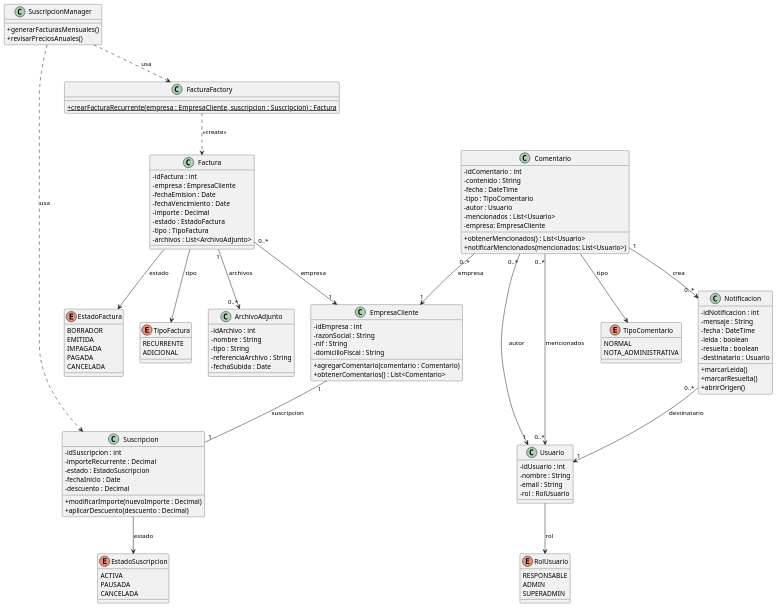
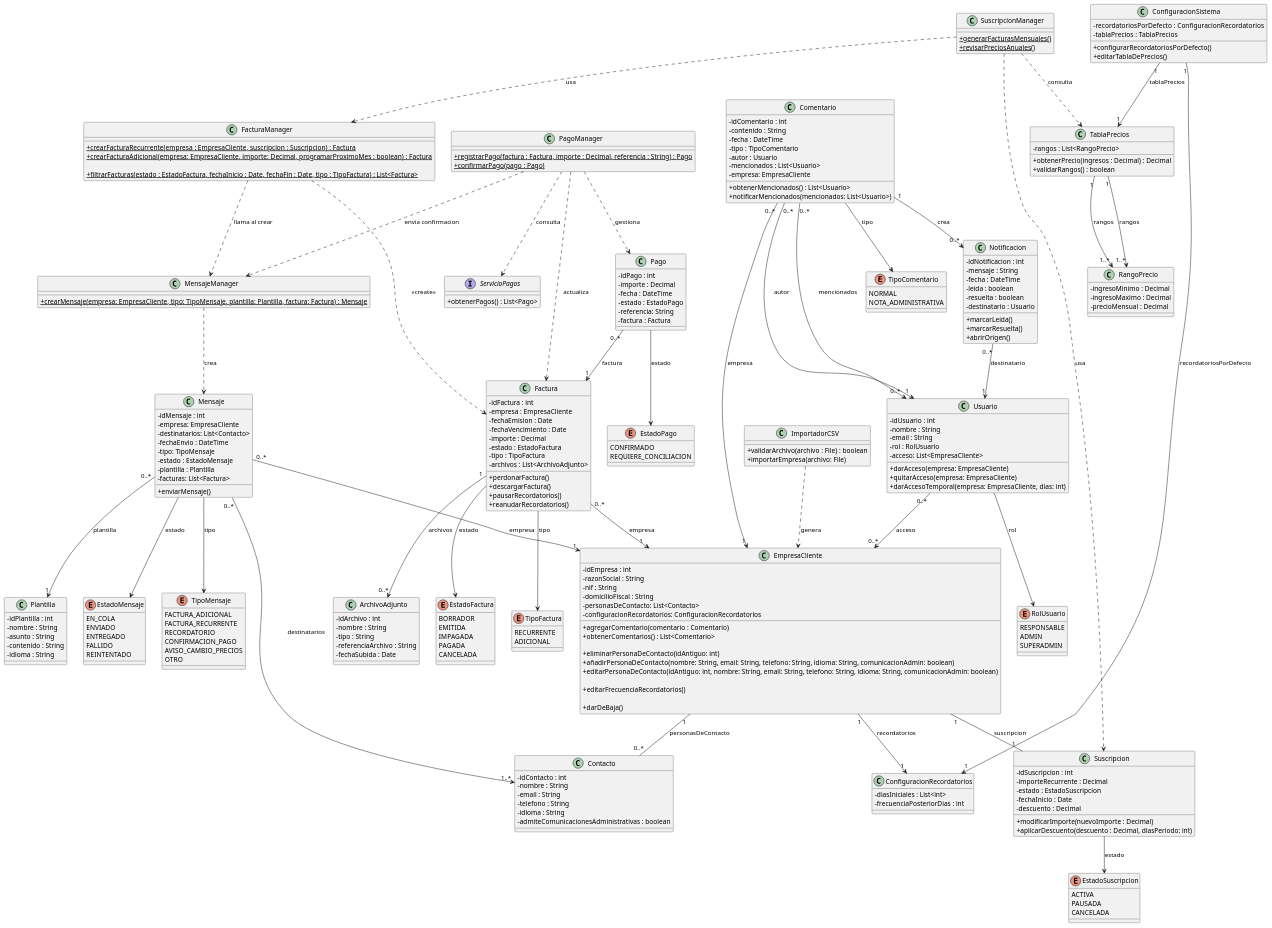
One commit to Ber4-LC/Project-Hippogang changed the diagram in doc/src/diagrama-de-clases.pu. Above: the diagram before and after it, drawn with PlantUML.

```diff
--- a/doc/src/diagrama-de-clases.pu
+++ b/doc/src/diagrama-de-clases.pu
@@ -12,11 +12,30 @@
     - razonSocial : String
     - nif : String
     - domicilioFiscal : String
+    - personasDeContacto: List<Contacto>
+    - configuracionRecordatorios: ConfiguracionRecordatorios
 
     + agregarComentario(comentario : Comentario)
     + obtenerComentarios() : List<Comentario>
+    
+    + eliminarPersonaDeContacto(idAntiguo: int)
+    + añadirPersonaDeContacto(nombre: String, email: String, telefono: String, idioma: String, comunicacionAdmin: boolean)
+    + editarPersonaDeContacto(idAntiguo: int, nombre: String, email: String, telefono: String, idioma: String, comunicacionAdmin: boolean)
+
+    + editarFrecuenciaRecordatorios()
+
+    + darDeBaja()
 }
 
+
+class Contacto {
+    - idContacto : int
+    - nombre : String
+    - email : String
+    - telefono : String
+    - idioma : String
+    - admiteComunicacionesAdministrativas : boolean
+}
 
 class Suscripcion {
     - idSuscripcion : int
@@ -26,7 +45,7 @@
     - descuento : Decimal
 
     + modificarImporte(nuevoImporte : Decimal)
-    + aplicarDescuento(descuento : Decimal)
+    + aplicarDescuento(descuento : Decimal, diasPeriodo: int)
 }
 
 
@@ -38,8 +57,32 @@
 
 
 class SuscripcionManager {
-    + generarFacturasMensuales()
-    + revisarPreciosAnuales()
+    {static} + generarFacturasMensuales()
+    {static} + revisarPreciosAnuales()
+
+}
+
+class ImportadorCSV {
+    + validarArchivo(archivo : File) : boolean
+    + importarEmpresa(archivo: File)
+}
+
+
+' =========================================================
+' TABLA
+' =========================================================
+
+class TablaPrecios {
+    - rangos : List<RangoPrecio>
+
+    + obtenerPrecio(ingresos : Decimal) : Decimal
+    + validarRangos() : boolean
+}
+
+class RangoPrecio {
+    - ingresoMinimo : Decimal
+    - ingresoMaximo : Decimal
+    - precioMensual : Decimal
 }
 
 
@@ -48,8 +91,11 @@
 ' =========================================================
 
 
-class FacturaFactory {
+class FacturaManager {
     {static} + crearFacturaRecurrente(empresa : EmpresaCliente, suscripcion : Suscripcion) : Factura
+    {static} + crearFacturaAdicional(empresa: EmpresaCliente, importe: Decimal, programarProximoMes : boolean) : Factura
+
+    {static} + filtrarFacturas(estado : EstadoFactura, fechaInicio : Date, fechaFin : Date, tipo : TipoFactura) : List<Factura>
 }
 
 class ArchivoAdjunto {
@@ -70,6 +116,11 @@
     - estado : EstadoFactura
     - tipo : TipoFactura
     - archivos : List<ArchivoAdjunto>
+
+    + perdonarFactura()
+    + descargarFactura()
+    + pausarRecordatorios()
+    + reanudarRecordatorios()
 }
 
 
@@ -96,12 +147,44 @@
     - nombre : String
     - email : String
     - rol : RolUsuario
+    - acceso: List<EmpresaCliente>
+    
+    + darAcceso(empresa: EmpresaCliente)
+    + quitarAcceso(empresa: EmpresaCliente)
+    + darAccesoTemporal(empresa: EmpresaCliente, dias: int)
 }
 
 enum RolUsuario {
     RESPONSABLE
     ADMIN
     SUPERADMIN
+}
+
+
+' =========================================================
+' PAGOS
+' =========================================================
+class Pago {
+    - idPago : int
+    - importe : Decimal
+    - fecha : DateTime
+    - estado : EstadoPago
+    - referencia: String
+    - factura : Factura
+}
+
+enum EstadoPago {
+    CONFIRMADO
+    REQUIERE_CONCILIACION
+}
+
+class PagoManager {
+    {static} + registrarPago(factura : Factura, importe : Decimal, referencia : String) : Pago
+    {static} + confirmarPago(pago : Pago)
+}
+
+interface ServicioPagos {
+    + obtenerPagos() : List<Pago>
 }
 
 
@@ -147,19 +230,87 @@
 }
 
 
+' =========================================================
+' MENSAJES
+' =========================================================
+
+class Plantilla {
+    - idPlantilla : int
+    - nombre : String
+    - asunto : String
+    - contenido : String
+    - idioma : String
+}
+
+class Mensaje {
+    - idMensaje : int
+    - empresa: EmpresaCliente
+    - destinatarios: List<Contacto>
+    - fechaEnvio : DateTime
+    - tipo: TipoMensaje
+    - estado : EstadoMensaje
+    - plantilla : Plantilla
+    - facturas: List<Factura>
+
+    + enviarMensaje()
+}
+
+enum EstadoMensaje {
+    EN_COLA
+    ENVIADO
+    ENTREGADO
+    FALLIDO
+    REINTENTADO
+}
+
+enum TipoMensaje {
+    FACTURA_ADICIONAL
+    FACTURA_RECURRENTE
+    RECORDATORIO
+    CONFIRMACION_PAGO
+    AVISO_CAMBIO_PRECIOS
+    OTRO
+}
+
+class MensajeManager {
+    {static} + crearMensaje(empresa: EmpresaCliente, tipo: TipoMensaje, plantilla: Plantilla, factura: Factura) : Mensaje
+}
+
+class ConfiguracionRecordatorios {
+    - diasIniciales : List<int>
+    - frecuenciaPosteriorDias : int
+}
+
+' =========================
+' Config
+' =========================
+class ConfiguracionSistema {
+    - recordatoriosPorDefecto : ConfiguracionRecordatorios
+    - tablaPrecios : TablaPrecios
+
+    + configurarRecordatoriosPorDefecto()
+    + editarTablaDePrecios()
+}
+
 ' =========================
 ' RELACIONES
 ' =========================
 
 EmpresaCliente "1" -- "1" Suscripcion : suscripcion
+EmpresaCliente "1" -- "0..*" Contacto: personasDeContacto
+EmpresaCliente "1" --> "1" ConfiguracionRecordatorios : recordatorios
+
+ImportadorCSV ..> EmpresaCliente : genera
 
 Factura "0..*" --> "1" EmpresaCliente : empresa
 
+TablaPrecios "1" --> "1..*" RangoPrecio : rangos
+SuscripcionManager ..> TablaPrecios : consulta
 
 SuscripcionManager ..> Suscripcion : usa
-SuscripcionManager ..> FacturaFactory : usa
+SuscripcionManager ..> FacturaManager : usa
 
-FacturaFactory ..> Factura : <<create>>
+FacturaManager ..> Factura : <<create>>
 
 Suscripcion --> EstadoSuscripcion : estado
 Factura --> EstadoFactura : estado
@@ -167,6 +318,15 @@
 
 
 Factura "1" --> "0..*" ArchivoAdjunto : archivos
+
+
+Pago "0..*" --> "1" Factura : factura
+Pago --> EstadoPago : estado
+
+PagoManager ..> Pago : gestiona
+PagoManager ..> Factura : actualiza
+PagoManager ..> MensajeManager : envia confirmacion
+PagoManager ..> ServicioPagos : consulta
 
 
 Usuario --> RolUsuario : rol
@@ -182,5 +342,20 @@
 Comentario "0..*" --> "1" EmpresaCliente : empresa
 
 
+Usuario "0..*" --> "0..*" EmpresaCliente : acceso
+
+
+Mensaje "0..*" --> "1" EmpresaCliente : empresa
+Mensaje "0..*" --> "1..*" Contacto : destinatarios
+Mensaje --> EstadoMensaje : estado
+Mensaje --> TipoMensaje : tipo
+Mensaje "0..*" --> "1" Plantilla : plantilla
+MensajeManager ..> Mensaje : crea
+FacturaManager ..> MensajeManager : llama al crear
+
+ConfiguracionSistema "1" --> "1" ConfiguracionRecordatorios : recordatoriosPorDefecto
+ConfiguracionSistema "1" --> "1" TablaPrecios : tablaPrecios
+
+TablaPrecios "1" --> "1..*" RangoPrecio : rangos
 
 @enduml
```
